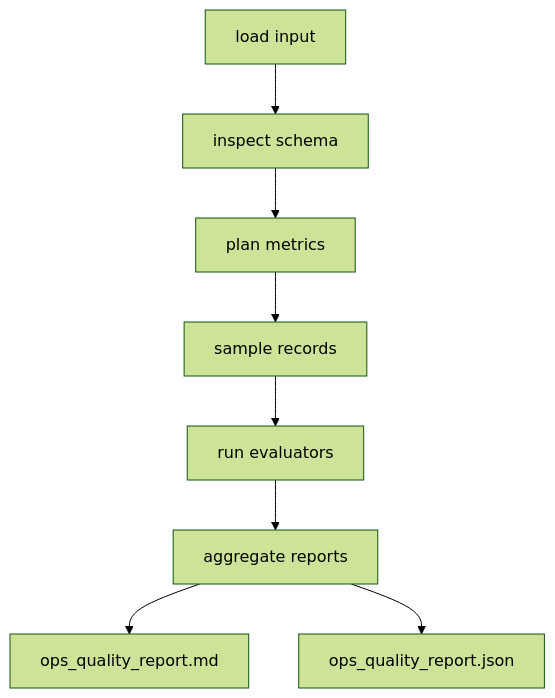
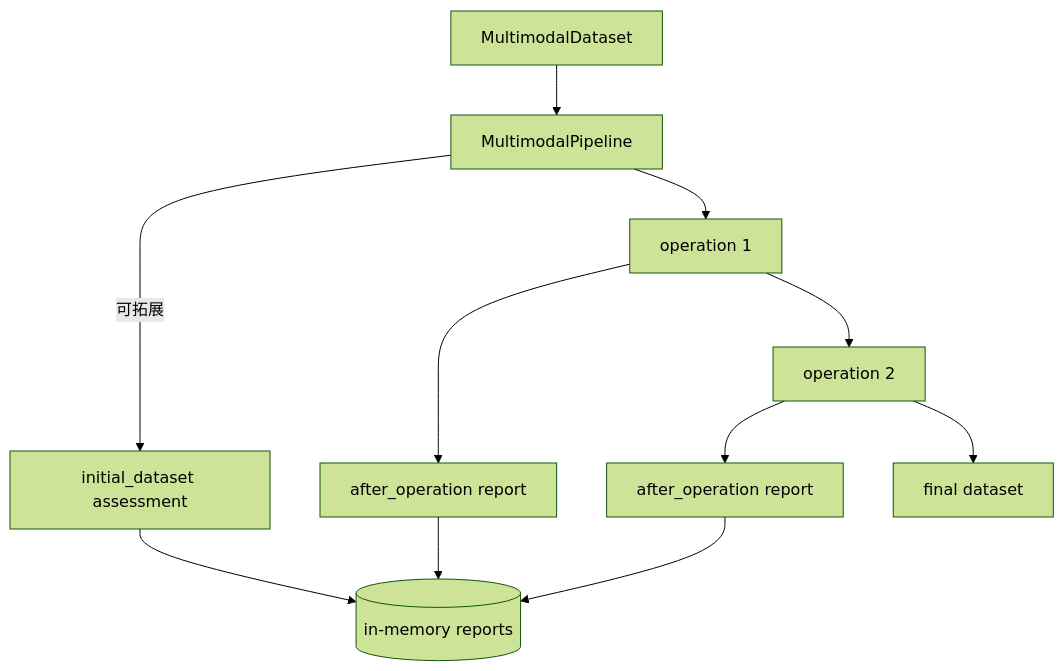
One commit to Wenwen555/ops-quality-assessment changed the diagram in docs/index.md. Above: the diagram before and after it, drawn with Mermaid (forest theme). The commit also changed other lines of this file and 11 other files, not shown here.

````diff
--- a/docs/index.md
+++ b/docs/index.md
@@ -60,10 +38,14 @@
 ```mermaid
 flowchart TB
-    A[load input] --> B[inspect schema]
-    B --> C[plan metrics]
-    C --> D[sample records]
-    D --> E[run evaluators]
-    E --> F[aggregate reports]
-    F --> G[ops_quality_report.md]
-    F --> H[ops_quality_report.json]
+    A[MultimodalDataset] --> P[MultimodalPipeline]
+    P -- 可拓展 --> I[initial_dataset assessment]
+    P --> O1[operation 1]
+    O1 --> Q1[after_operation report]
+    O1 --> O2[operation 2]
+    O2 --> Q2[after_operation report]
+    O2 --> F[final dataset]
+
+    I --> R[(in-memory reports)]
+    Q1 --> R
+    Q2 --> R
 ```
````
